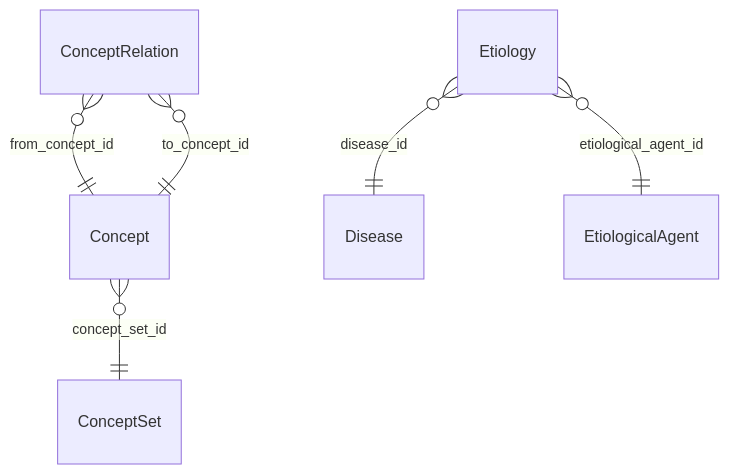
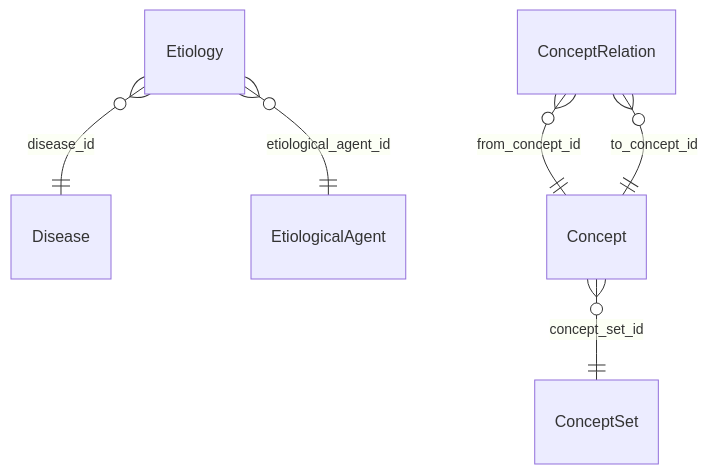
The diagram in docs/erm/casedb.ontology.md (RIVM-bioinformatics/gen-epix-api), drawn with Mermaid before and after one commit. The commit also changed other lines of this file and 142 other files, not shown here.

````diff
--- a/docs/erm/casedb.ontology.md
+++ b/docs/erm/casedb.ontology.md
@@ -5,12 +5,12 @@
 ```mermaid
 erDiagram
     %% casedb / ONTOLOGY (simplified)
 
     %% Relationships
+    Etiology }o--|| Disease : "disease_id"
+    Etiology }o--|| EtiologicalAgent : "etiological_agent_id"
+    Concept }o--|| ConceptSet : "concept_set_id"
     ConceptRelation }o--|| Concept : "from_concept_id"
     ConceptRelation }o--|| Concept : "to_concept_id"
-    Concept }o--|| ConceptSet : "concept_set_id"
-    Etiology }o--|| Disease : "disease_id"
-    Etiology }o--|| EtiologicalAgent : "etiological_agent_id"
 
 ```
````
